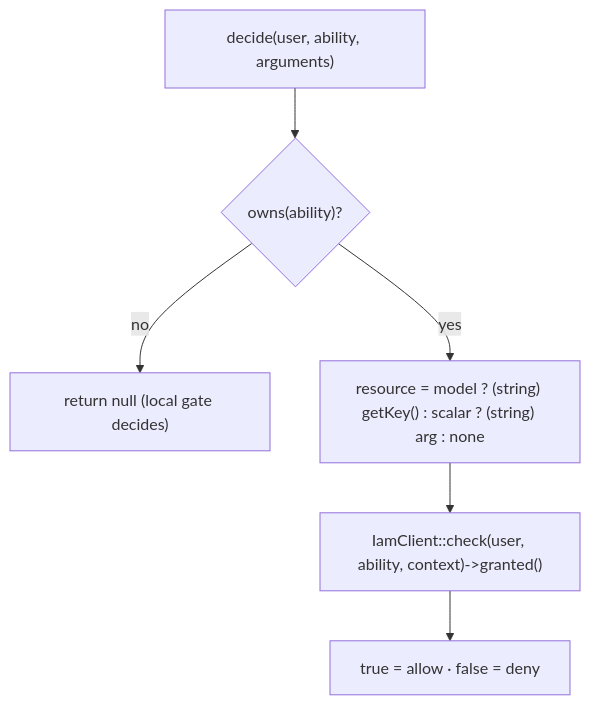
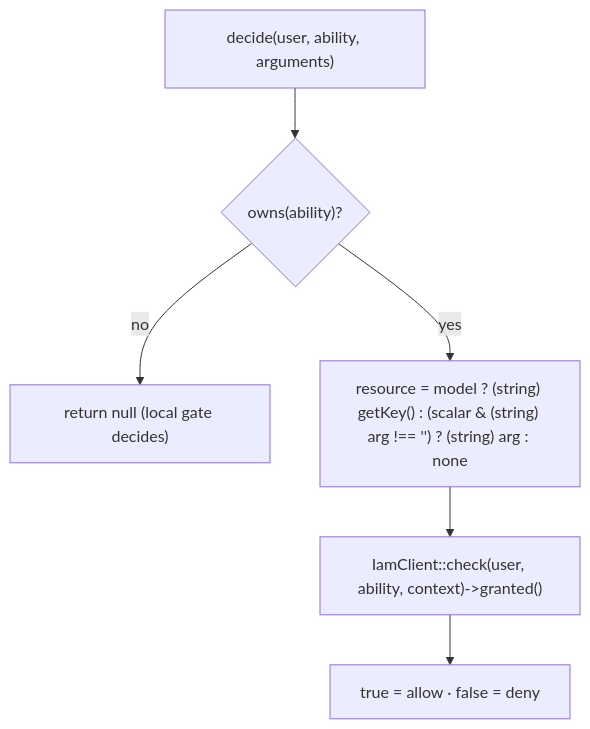
Before and after one commit to padosoft/laravel-iam-client: the diagram in docs-site/docs/reference/middleware-and-gate.md, drawn with Mermaid. The commit also changed other lines of this file and 4 other files, not shown here.

````diff
--- a/docs-site/docs/reference/middleware-and-gate.md
+++ b/docs-site/docs/reference/middleware-and-gate.md
@@ -107,8 +108,8 @@
 ```mermaid
 flowchart TD
     A["decide(user, ability, arguments)"] --> O{"owns(ability)?"}
     O -->|no| N["return null (local gate decides)"]
-    O -->|yes| C["resource = model ? (string) getKey() : scalar ? (string) arg : none"]
+    O -->|yes| C["resource = model ? (string) getKey() : (scalar & (string) arg !== '') ? (string) arg : none"]
     C --> G["IamClient::check(user, ability, context)->granted()"]
     G --> R["true = allow · false = deny"]
 ```
````
